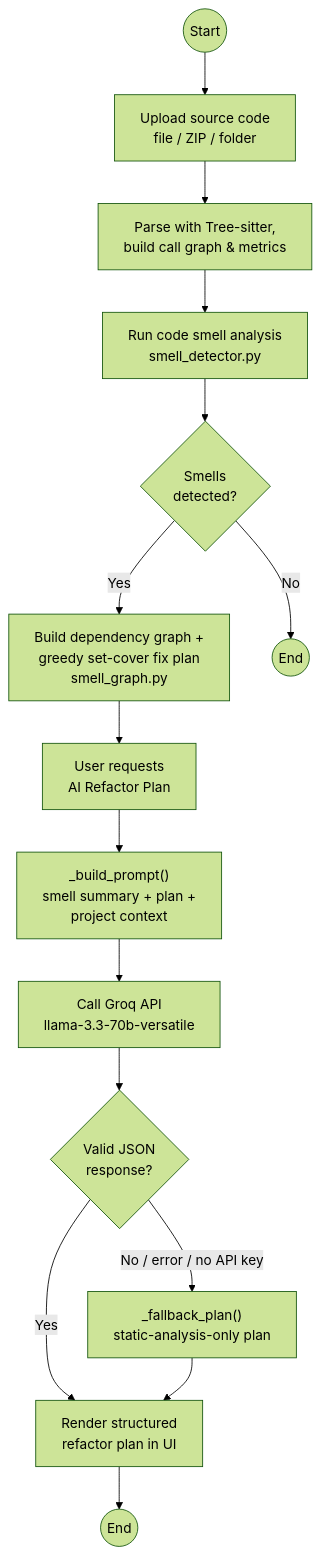
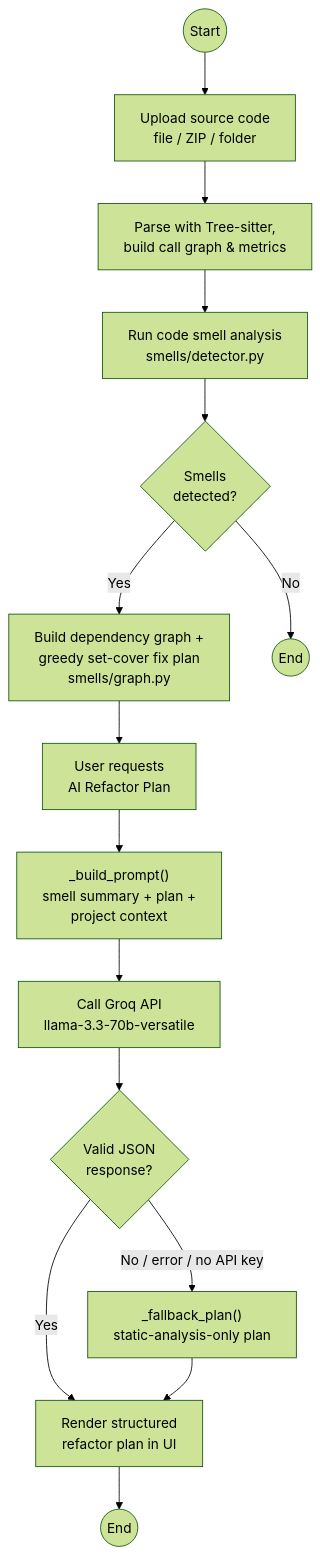
Before and after one commit to farjanasarker/Code_Base_Visualisation: the third of 14 diagrams in docs/SRS.md, drawn with Mermaid (forest theme). The commit also changed other lines of this file and 9 other files, not shown here.

````diff
--- a/docs/SRS.md
+++ b/docs/SRS.md
@@ -285,24 +285,24 @@
 ```mermaid
 flowchart TD
     START(("Start"))
     A1["Upload source code<br/>file / ZIP / folder"]
     A2["Parse with Tree-sitter,<br/>build call graph & metrics"]
-    A3["Run code smell analysis<br/>smell_detector.py"]
+    A3["Run code smell analysis<br/>smells/detector.py"]
     D1{"Smells<br/>detected?"}
-    A4["Build dependency graph +<br/>greedy set-cover fix plan<br/>smell_graph.py"]
+    A4["Build dependency graph +<br/>greedy set-cover fix plan<br/>smells/graph.py"]
     A5["User requests<br/>AI Refactor Plan"]
     A6["_build_prompt()<br/>smell summary + plan +<br/>project context"]
     A7["Call Groq API<br/>llama-3.3-70b-versatile"]
     D2{"Valid JSON<br/>response?"}
     A8["_fallback_plan()<br/>static-analysis-only plan"]
     A9["Render structured<br/>refactor plan in UI"]
     END1(("End"))
     END2(("End"))
 
     START --> A1 --> A2 --> A3 --> D1
     D1 -- No --> END2
     D1 -- Yes --> A4 --> A5 --> A6 --> A7 --> D2
     D2 -- Yes --> A9
     D2 -- "No / error / no API key" --> A8 --> A9
     A9 --> END1
 ```
````
